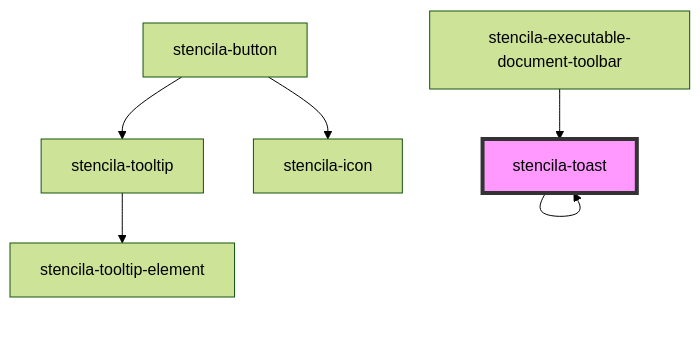
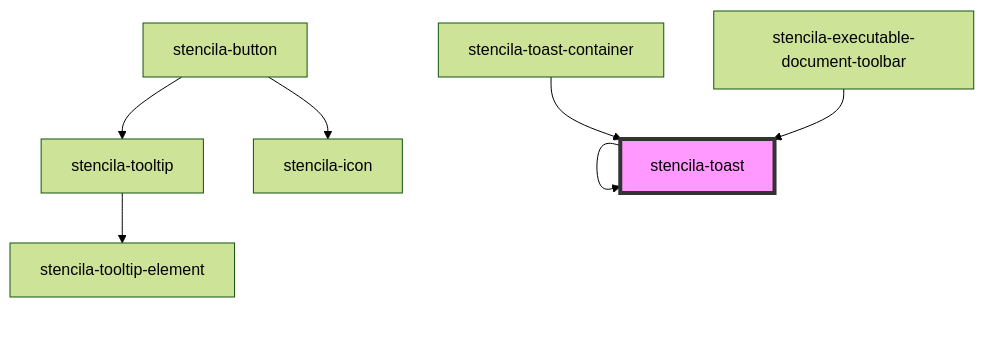
The diagram in packages/components/src/components/toast/readme.md (stencila/designa), drawn with Mermaid (forest theme) before and after one commit. The commit also changed other lines of this file and 7 other files, not shown here.

Commit message:
refactor(Toast): Extract Toast container into own component

````diff
--- a/packages/components/src/components/toast/readme.md
+++ b/packages/components/src/components/toast/readme.md
@@ -41,9 +42,10 @@
 ```mermaid
 graph TD;
   stencila-toast --> stencila-toast
   stencila-button --> stencila-icon
   stencila-button --> stencila-tooltip
   stencila-tooltip --> stencila-tooltip-element
+  stencila-toast-container --> stencila-toast
   stencila-executable-document-toolbar --> stencila-toast
   style stencila-toast fill:#f9f,stroke:#333,stroke-width:4px
 ```
````
